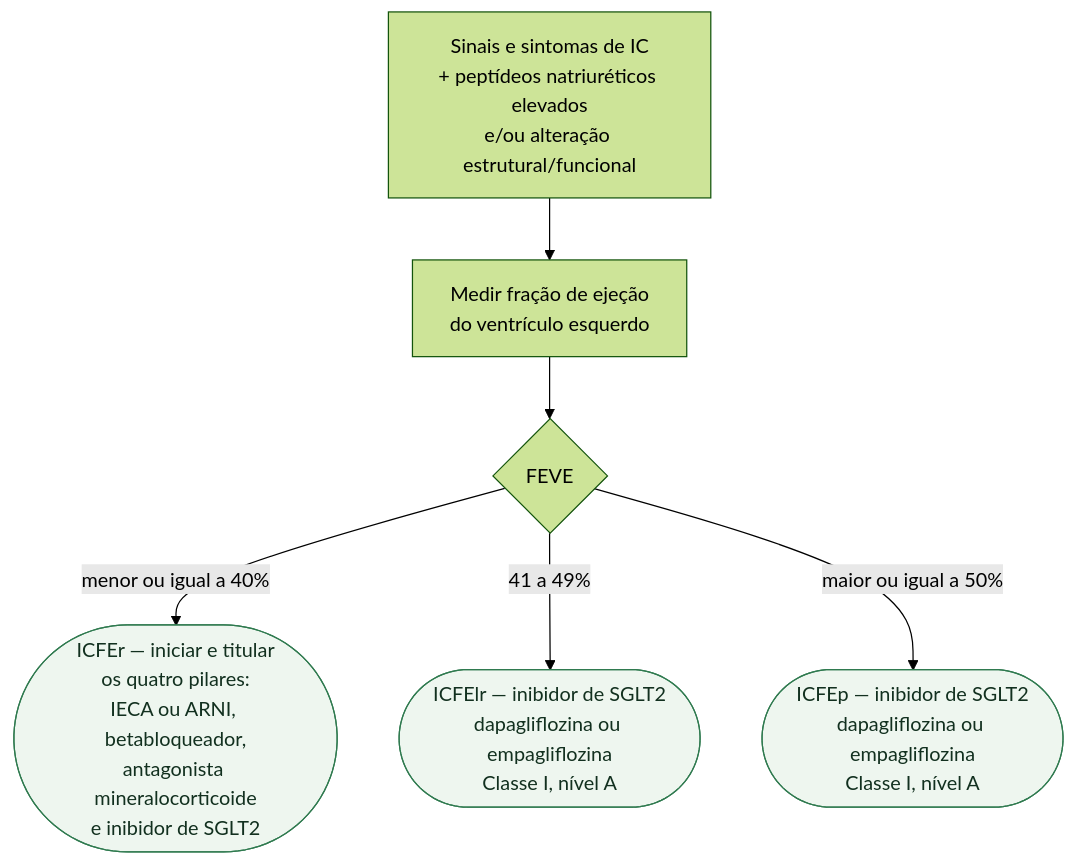
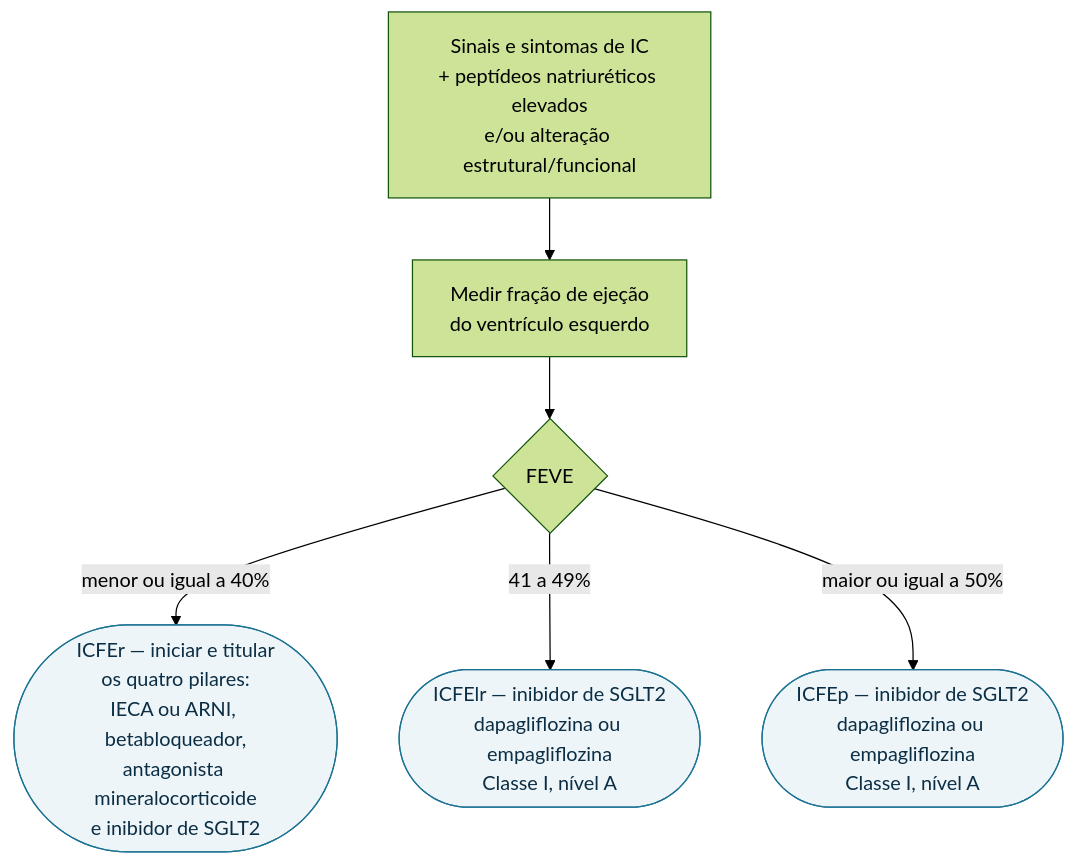
The diagram in content/Insuficiência_cardíaca/fluxograma-insuficiencia-cardiaca-cronica-por-fracao-de-ejecao-esc-2023.md (rafaelpaesmeirelles/MeuCardio), drawn with Mermaid (forest theme) before and after one commit. The commit also changed 57 other files, not shown here.

````diff
--- a/content/Insuficiência_cardíaca/fluxograma-insuficiencia-cardiaca-cronica-por-fracao-de-ejecao-esc-2023.md
+++ b/content/Insuficiência_cardíaca/fluxograma-insuficiencia-cardiaca-cronica-por-fracao-de-ejecao-esc-2023.md
@@ -22,15 +22,15 @@
 ```mermaid
 flowchart TD
   R0["Sinais e sintomas de IC<br/>+ peptídeos natriuréticos elevados<br/>e/ou alteração estrutural/funcional"] --> P1["Medir fração de ejeção<br/>do ventrículo esquerdo"]
 
   P1 --> D1{"FEVE"}
 
   D1 -->|"menor ou igual a 40%"| C1(["ICFEr — iniciar e titular<br/>os quatro pilares:<br/>IECA ou ARNI, betabloqueador,<br/>antagonista mineralocorticoide<br/>e inibidor de SGLT2"])
 
   D1 -->|"41 a 49%"| C2(["ICFElr — inibidor de SGLT2<br/>dapagliflozina ou empagliflozina<br/>Classe I, nível A"])
 
   D1 -->|"maior ou igual a 50%"| C3(["ICFEp — inibidor de SGLT2<br/>dapagliflozina ou empagliflozina<br/>Classe I, nível A"])
 
-  classDef conduta fill:#eef6ef,stroke:#2f7a4f,color:#12301f;
+  classDef conduta fill:#eef5f8,stroke:#1c7293,color:#0b2e45;
   class C1,C2,C3 conduta;
 ```
````
